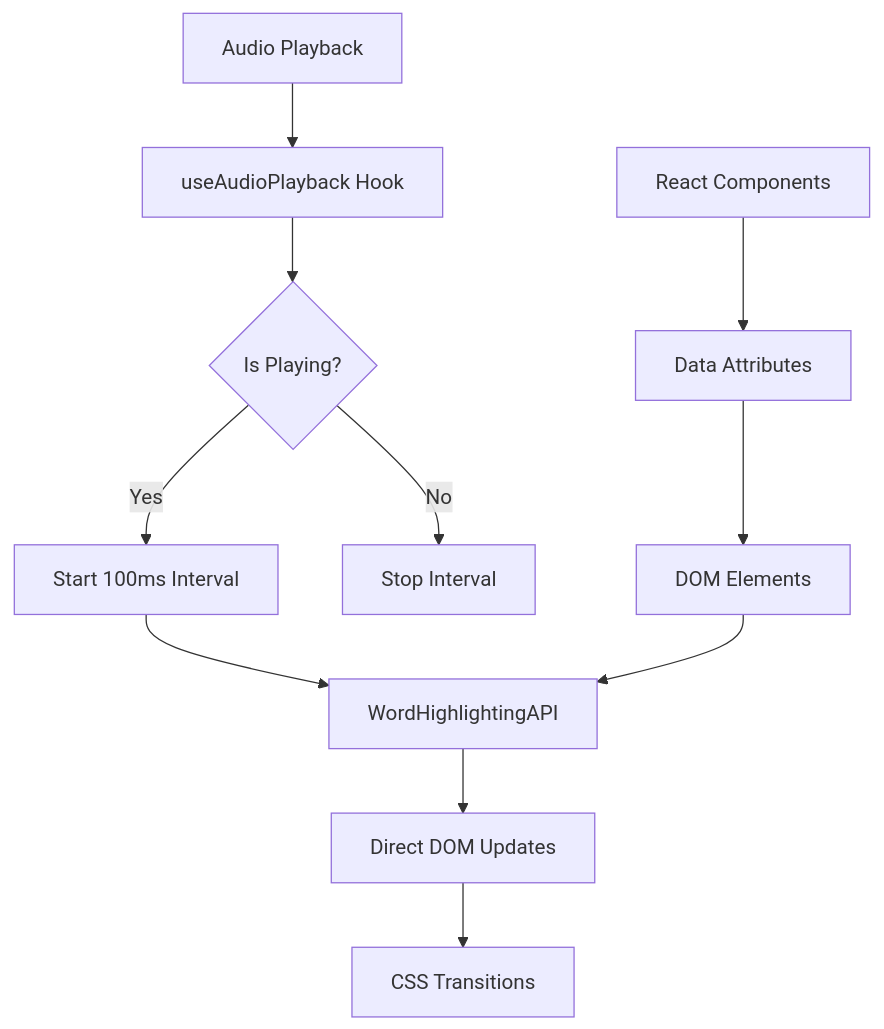
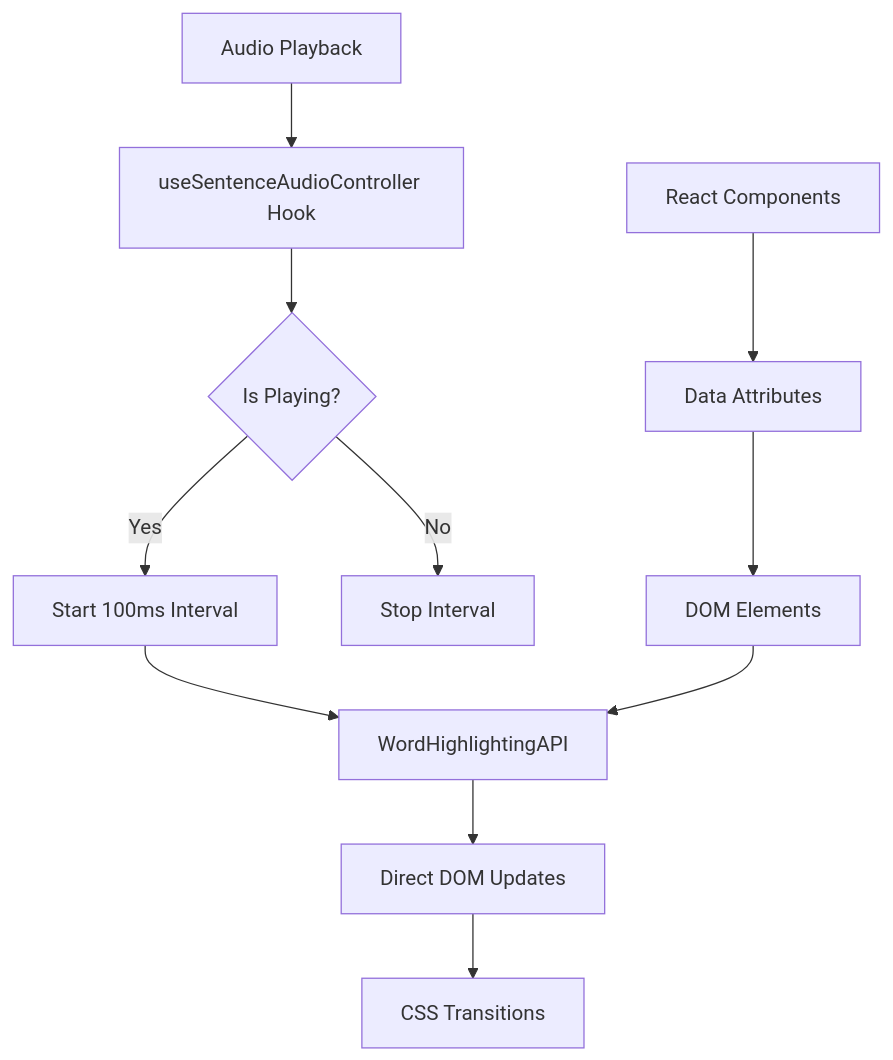
The first of 3 diagrams in docs/highlighting-systems.md (gileck/book-reader-app), drawn with Mermaid before and after one commit. The commit also changed other lines of this file and 142 other files, not shown here.

````diff
--- a/docs/highlighting-systems.md
+++ b/docs/highlighting-systems.md
@@ -47,14 +49,14 @@
 ```mermaid
 graph TB
-    A[Audio Playback] --> B[useAudioPlayback Hook]
+    A[Audio Playback] --> B[useSentenceAudioController Hook]
     B --> C{Is Playing?}
     C -->|Yes| D[Start 100ms Interval]
     C -->|No| E[Stop Interval]
     D --> F[WordHighlightingAPI]
     F --> G[Direct DOM Updates]
     G --> H[CSS Transitions]
     
     I[React Components] --> J[Data Attributes]
     J --> K[DOM Elements]
     K --> F
 ```
````
